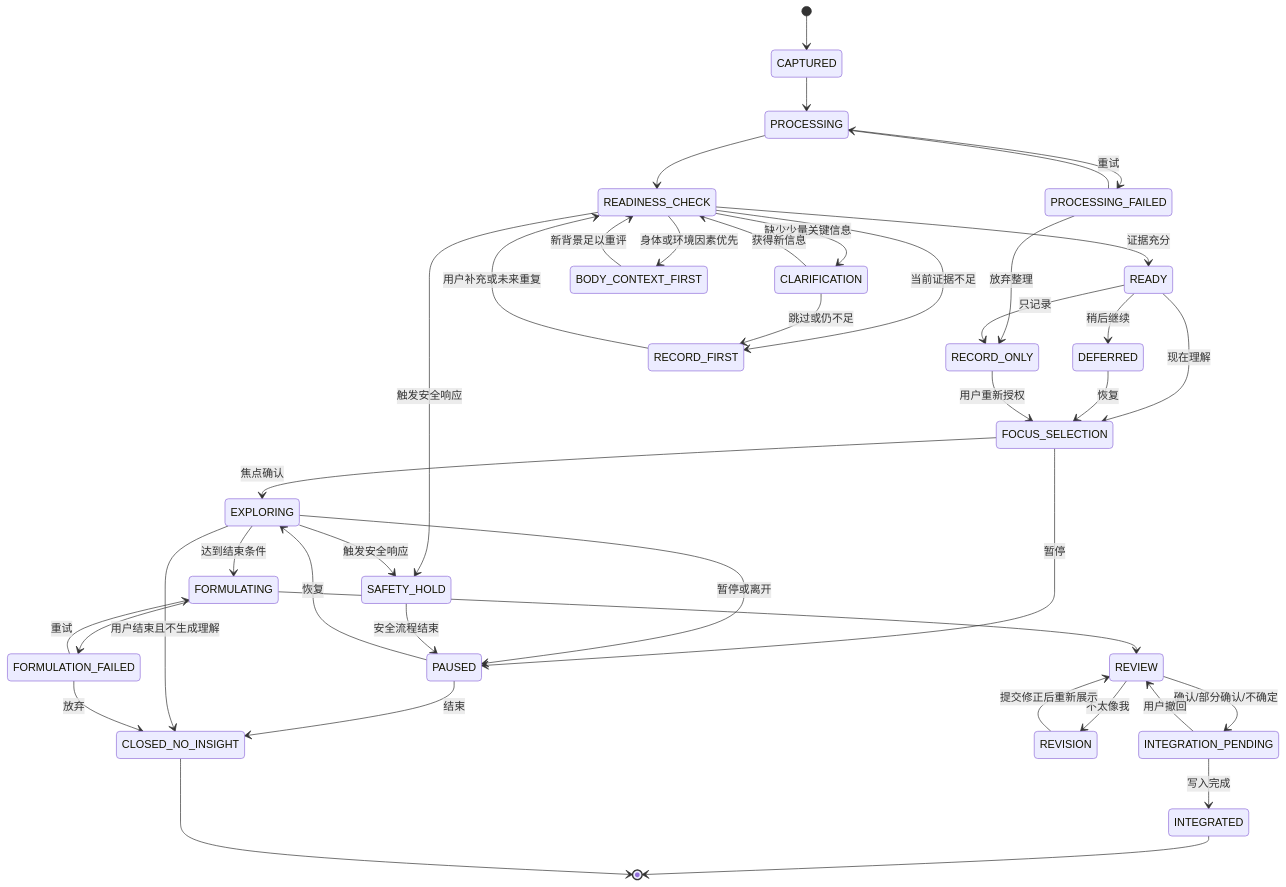
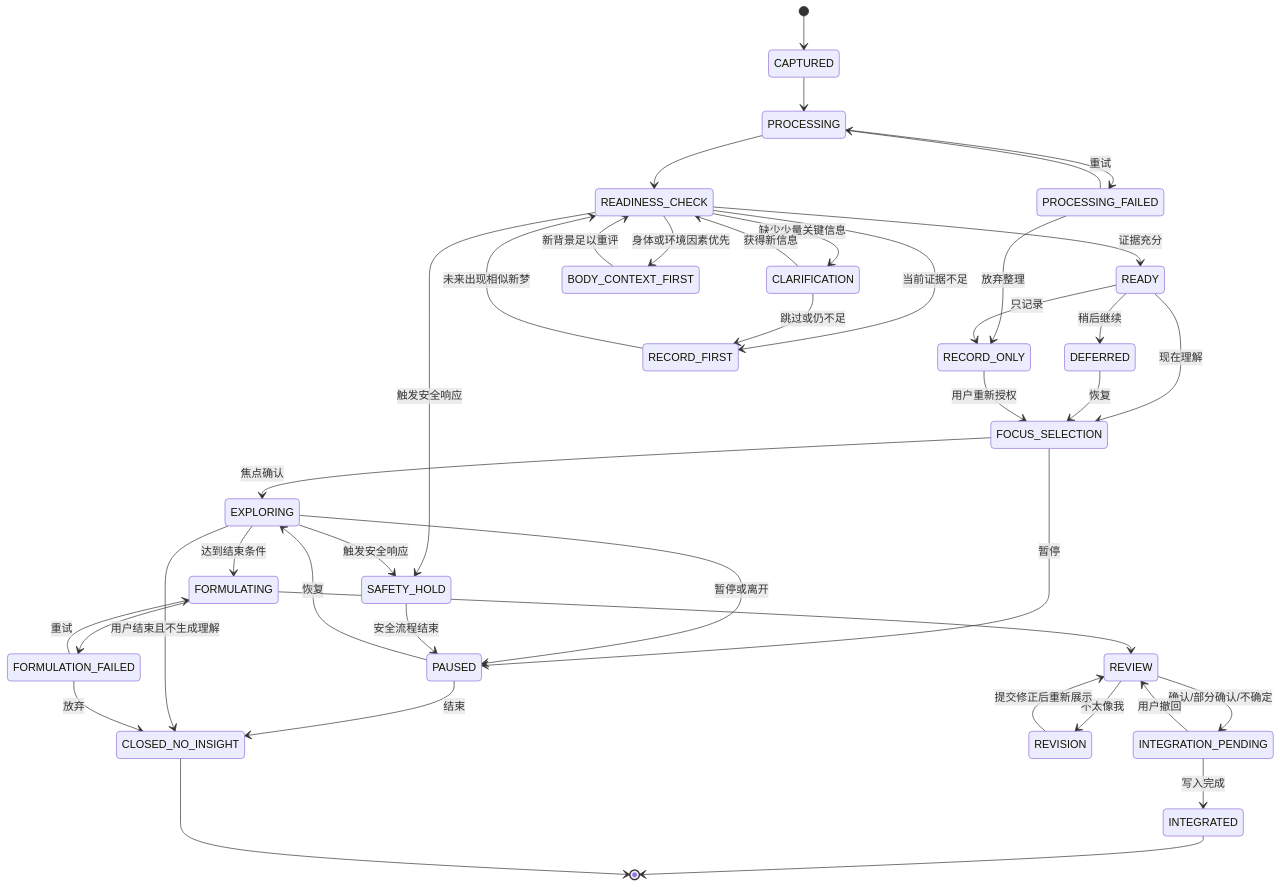
One commit to tototoXD/Dream-OS changed the second of 2 diagrams in 03_PRD/Dream_OS_PRD_v1.2.md. Above: the diagram before and after it, drawn with Mermaid. The commit also changed other lines of this file and 2 other files, not shown here.

````diff
--- a/03_PRD/Dream_OS_PRD_v1.2.md
+++ b/03_PRD/Dream_OS_PRD_v1.2.md
@@ -440,43 +441,43 @@
 ```mermaid
 stateDiagram-v2
     [*] --> CAPTURED
     CAPTURED --> PROCESSING
     PROCESSING --> READINESS_CHECK
     PROCESSING --> PROCESSING_FAILED
     PROCESSING_FAILED --> PROCESSING: 重试
     PROCESSING_FAILED --> RECORD_ONLY: 放弃整理
     READINESS_CHECK --> READY: 证据充分
     READINESS_CHECK --> CLARIFICATION: 缺少少量关键信息
     READINESS_CHECK --> RECORD_FIRST: 当前证据不足
     READINESS_CHECK --> BODY_CONTEXT_FIRST: 身体或环境因素优先
     READINESS_CHECK --> SAFETY_HOLD: 触发安全响应
     CLARIFICATION --> READINESS_CHECK: 获得新信息
     CLARIFICATION --> RECORD_FIRST: 跳过或仍不足
-    RECORD_FIRST --> READINESS_CHECK: 用户补充或未来重复
+    RECORD_FIRST --> READINESS_CHECK: 未来出现相似新梦
     BODY_CONTEXT_FIRST --> READINESS_CHECK: 新背景足以重评
     READY --> FOCUS_SELECTION: 现在理解
     READY --> DEFERRED: 稍后继续
     READY --> RECORD_ONLY: 只记录
     DEFERRED --> FOCUS_SELECTION: 恢复
     RECORD_ONLY --> FOCUS_SELECTION: 用户重新授权
     FOCUS_SELECTION --> EXPLORING: 焦点确认
     FOCUS_SELECTION --> PAUSED: 暂停
     EXPLORING --> PAUSED: 暂停或离开
     PAUSED --> EXPLORING: 恢复
     PAUSED --> CLOSED_NO_INSIGHT: 结束
     EXPLORING --> FORMULATING: 达到结束条件
     EXPLORING --> CLOSED_NO_INSIGHT: 用户结束且不生成理解
     EXPLORING --> SAFETY_HOLD: 触发安全响应
     FORMULATING --> REVIEW
     FORMULATING --> FORMULATION_FAILED
     FORMULATION_FAILED --> FORMULATING: 重试
     FORMULATION_FAILED --> CLOSED_NO_INSIGHT: 放弃
     REVIEW --> REVISION: 不太像我
     REVISION --> REVIEW: 提交修正后重新展示
     REVIEW --> INTEGRATION_PENDING: 确认/部分确认/不确定
     INTEGRATION_PENDING --> INTEGRATED: 写入完成
     INTEGRATION_PENDING --> REVIEW: 用户撤回
     SAFETY_HOLD --> PAUSED: 安全流程结束
     INTEGRATED --> [*]
     CLOSED_NO_INSIGHT --> [*]
 ```
````
